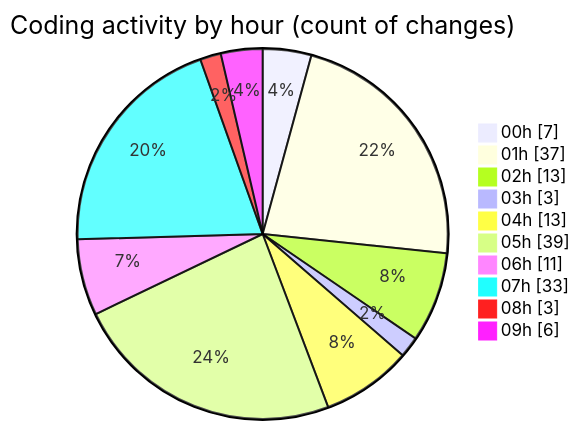
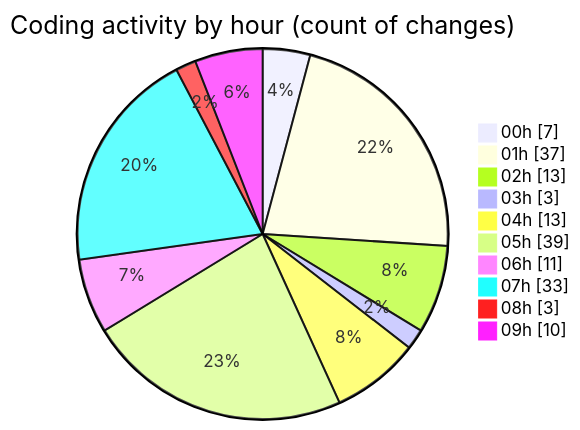
Before and after one commit to charlie-sans/code-tracking: the second of 2 diagrams in 2025-02-23/micros/README.md, drawn with Mermaid. The commit also changed other lines of this file and 1 other file, not shown here.

````diff
--- a/2025-02-23/micros/README.md
+++ b/2025-02-23/micros/README.md
@@ -67,14 +67,14 @@
 ```mermaid
 pie showData
 title Coding activity by hour (count of changes)
 "00h" : 7
 "01h" : 37
 "02h" : 13
 "03h" : 3
 "04h" : 13
 "05h" : 39
 "06h" : 11
 "07h" : 33
 "08h" : 3
-"09h" : 6
+"09h" : 10
 ```
````
